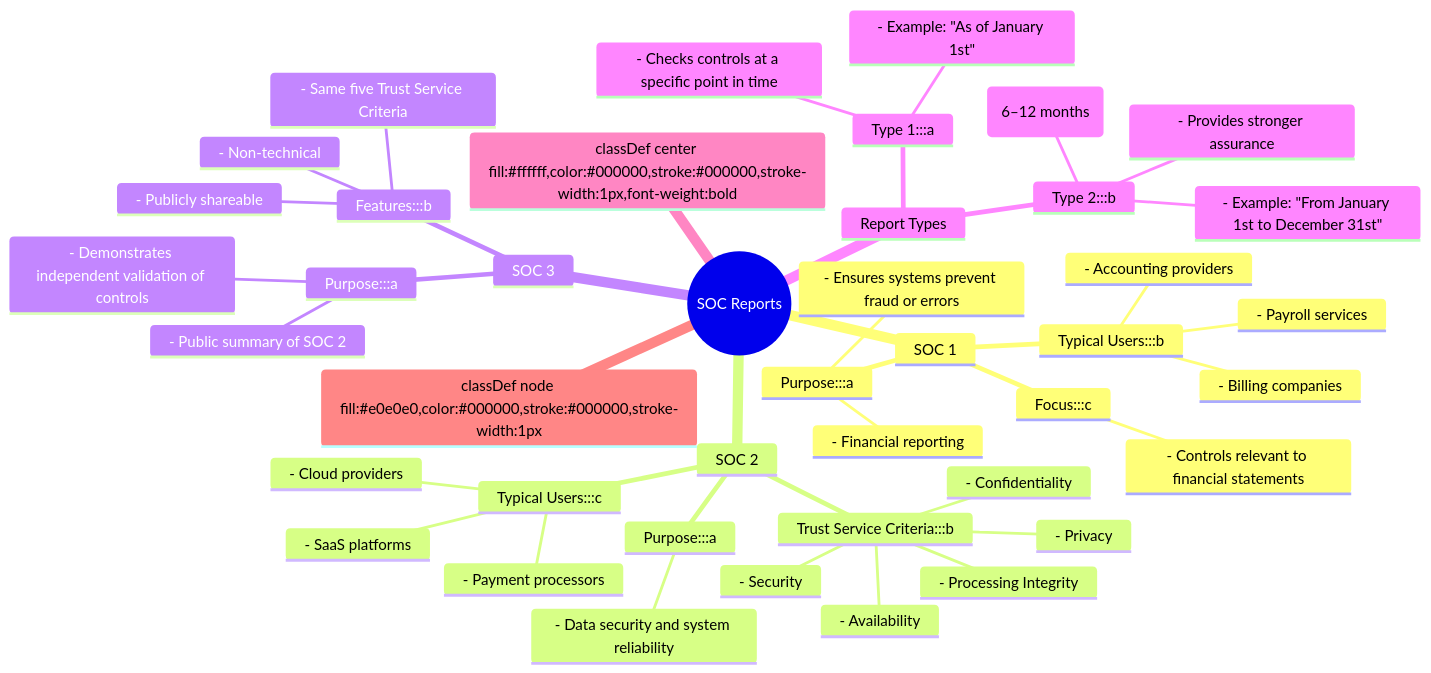
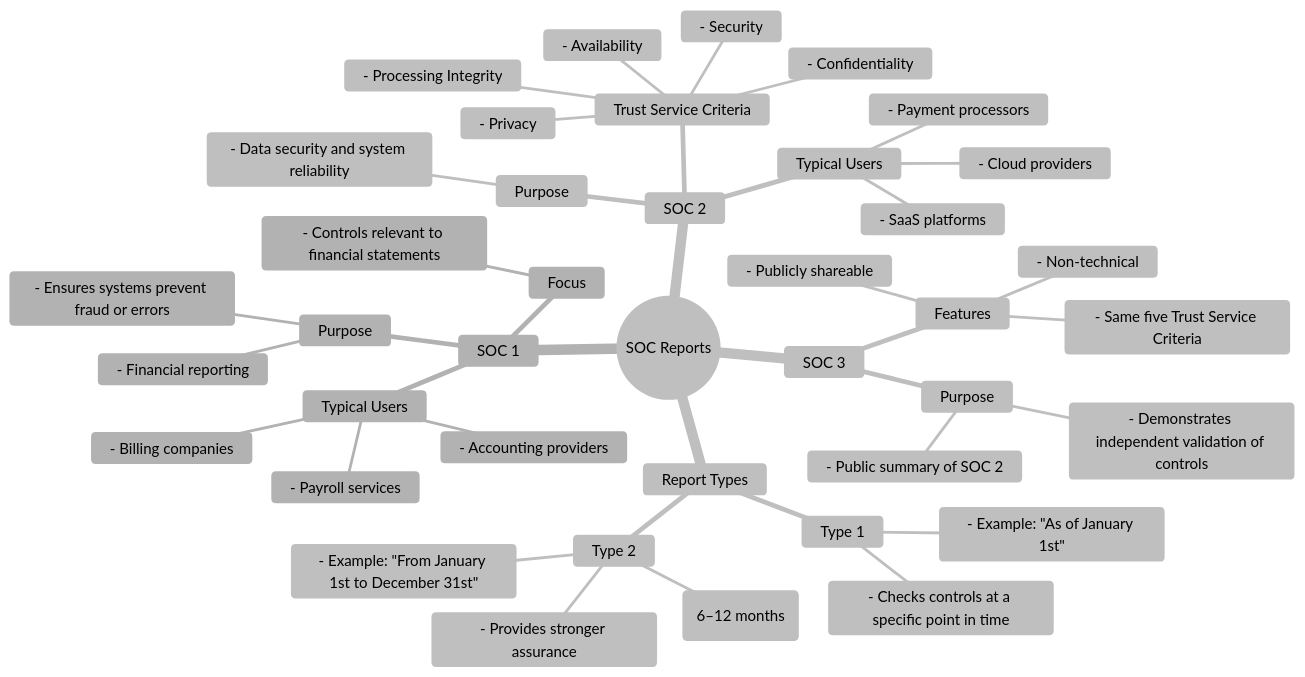
Before and after one commit to lorenzoleonelli/CISSP-Zero-to-Hero: the diagram in DOMAIN6: Security Assessment and Testing/6.1 Design and validate assessment, test, and audit strategy.md, drawn with Mermaid.

Commit message:
Update 6.1 Design and validate assessment, test, and audit strategy.md

````diff
--- a/DOMAIN6: Security Assessment and Testing/6.1 Design and validate assessment, test, and audit strategy.md
+++ b/DOMAIN6: Security Assessment and Testing/6.1 Design and validate assessment, test, and audit strategy.md
@@ -280,47 +280,45 @@
 ```mermaid
-
+%%{init: {"theme": "base", "themeVariables": {"primaryColor": "#ffffff", "secondaryColor": "#f2f2f2", "primaryTextColor": "#000000", "lineColor": "#000000"}}}%%
 mindmap
   root((SOC Reports))
     SOC 1
-      Purpose:::a
+      Purpose
         - Financial reporting
         - Ensures systems prevent fraud or errors
-      Typical Users:::b
+      Typical Users
         - Payroll services
         - Billing companies
         - Accounting providers
-      Focus:::c
+      Focus
         - Controls relevant to financial statements
     SOC 2
-      Purpose:::a
+      Purpose
         - Data security and system reliability
-      Trust Service Criteria:::b
+      Trust Service Criteria
         - Security
         - Availability
         - Processing Integrity
         - Confidentiality
         - Privacy
-      Typical Users:::c
+      Typical Users
         - Cloud providers
         - SaaS platforms
         - Payment processors
     SOC 3
-      Purpose:::a
+      Purpose
         - Public summary of SOC 2
         - Demonstrates independent validation of controls
-      Features:::b
+      Features
         - Non-technical
         - Publicly shareable
         - Same five Trust Service Criteria
     Report Types
-      Type 1:::a
+      Type 1
         - Checks controls at a specific point in time
         - Example: "As of January 1st"
-      Type 2:::b
+      Type 2
         - Evaluates control effectiveness over a period (6–12 months)
         - Example: "From January 1st to December 31st"
         - Provides stronger assurance
 
-    classDef center fill:#ffffff,color:#000000,stroke:#000000,stroke-width:1px,font-weight:bold
-    classDef node fill:#e0e0e0,color:#000000,stroke:#000000,stroke-width:1px
 ```
````
